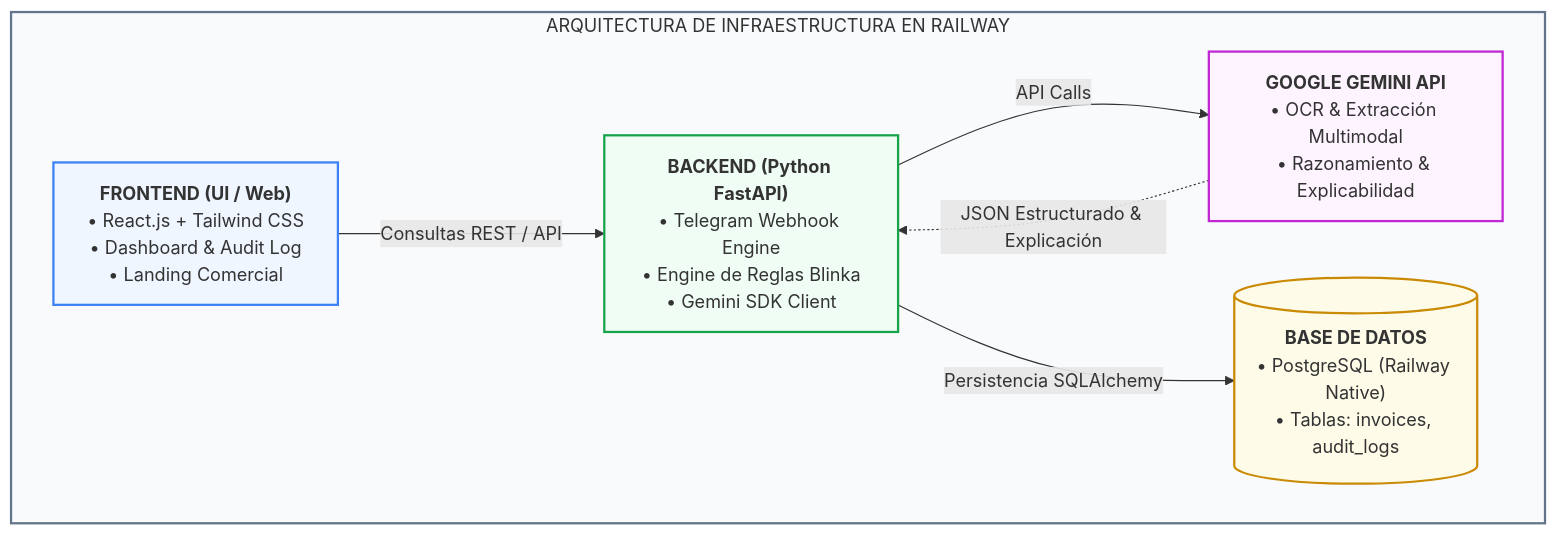
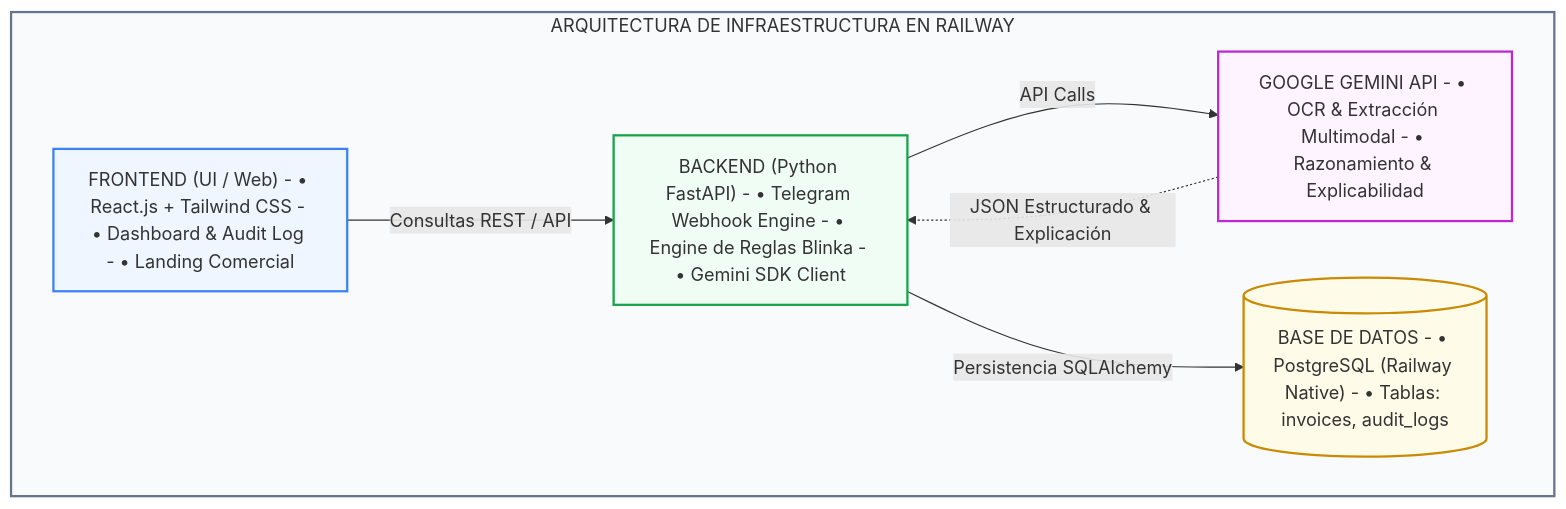
Before and after one commit to Oriojas/30X_404_team: the first of 2 diagrams in docs/arquitectura/arquitectura_solucion_v3.md, drawn with Mermaid. The commit also changed other lines of this file and 6 other files, not shown here.

First line of the commit message:
fix: corregir sintaxis de diagramas mermaid y eliminar etiquetas html visibles

````diff
--- a/docs/arquitectura/arquitectura_solucion_v3.md
+++ b/docs/arquitectura/arquitectura_solucion_v3.md
@@ -7,20 +7,20 @@
 ```mermaid
 flowchart TD
     subgraph Railway ["ARQUITECTURA DE INFRAESTRUCTURA EN RAILWAY"]
-        Frontend["<b>FRONTEND (UI / Web)</b><br/>• React.js + Tailwind CSS<br/>• Dashboard & Audit Log<br/>• Landing Comercial"]
-        Backend["<b>BACKEND (Python FastAPI)</b><br/>• Telegram Webhook Engine<br/>• Engine de Reglas Blinka<br/>• Gemini SDK Client"]
-        Gemini["<b>GOOGLE GEMINI API</b><br/>• OCR & Extracción Multimodal<br/>• Razonamiento & Explicabilidad"]
-        Database[("<b>BASE DE DATOS</b><br/>• PostgreSQL (Railway Native)<br/>• Tablas: invoices, audit_logs")]
+        Frontend["FRONTEND (UI / Web) - • React.js + Tailwind CSS - • Dashboard & Audit Log - • Landing Comercial"]
+        Backend["BACKEND (Python FastAPI) - • Telegram Webhook Engine - • Engine de Reglas Blinka - • Gemini SDK Client"]
+        Gemini["GOOGLE GEMINI API - • OCR & Extracción Multimodal - • Razonamiento & Explicabilidad"]
+        Database[("BASE DE DATOS - • PostgreSQL (Railway Native) - • Tablas: invoices, audit_logs")]
 
         Frontend -->|"Consultas REST / API"| Backend
         Backend -->|"API Calls"| Gemini
         Backend -->|"Persistencia SQLAlchemy"| Database
         Gemini -.->|"JSON Estructurado & Explicación"| Backend
     end
 
     style Railway fill:#f8fafc,stroke:#64748b,stroke-width:2px
     style Frontend fill:#eff6ff,stroke:#3b82f6,stroke-width:2px
     style Backend fill:#f0fdf4,stroke:#16a34a,stroke-width:2px
     style Gemini fill:#fdf4ff,stroke:#c026d3,stroke-width:2px
     style Database fill:#fefce8,stroke:#ca8a04,stroke-width:2px
 ```
````
